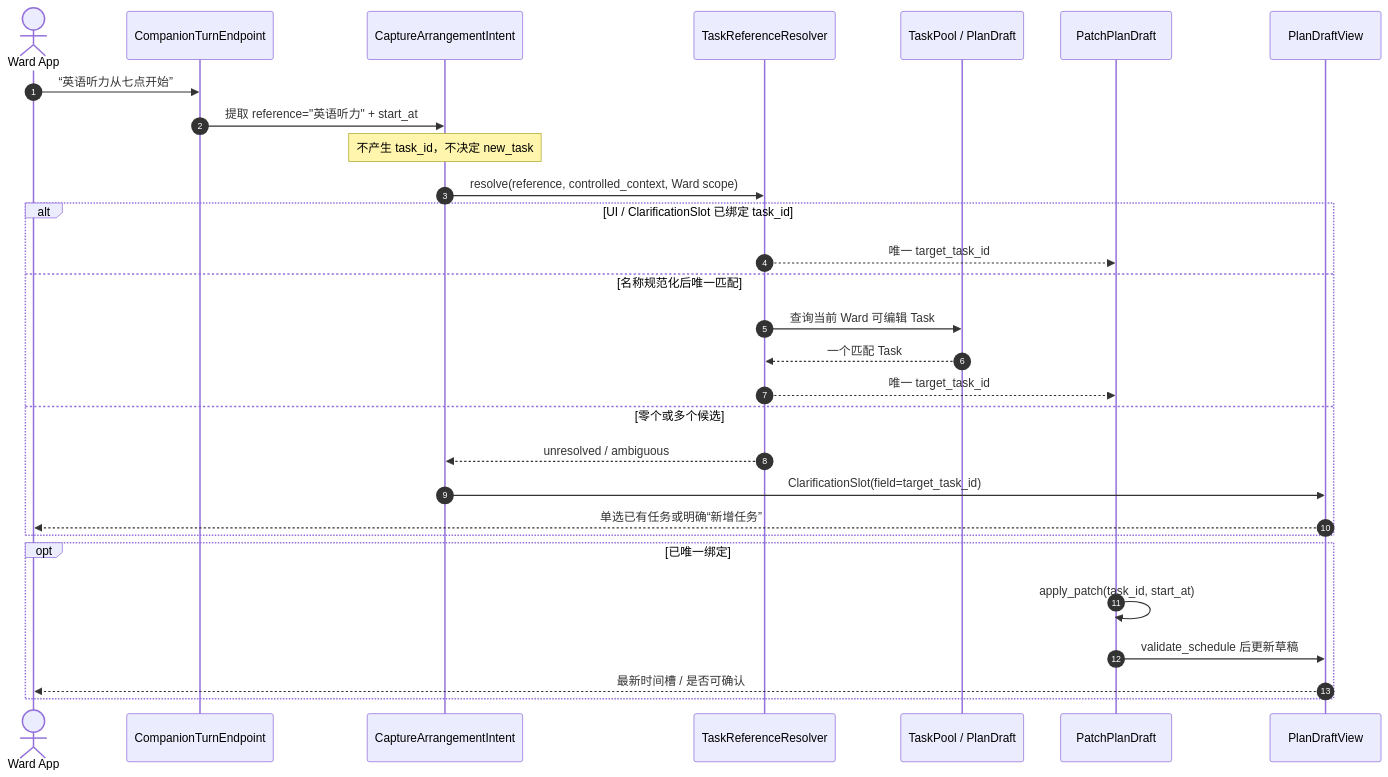
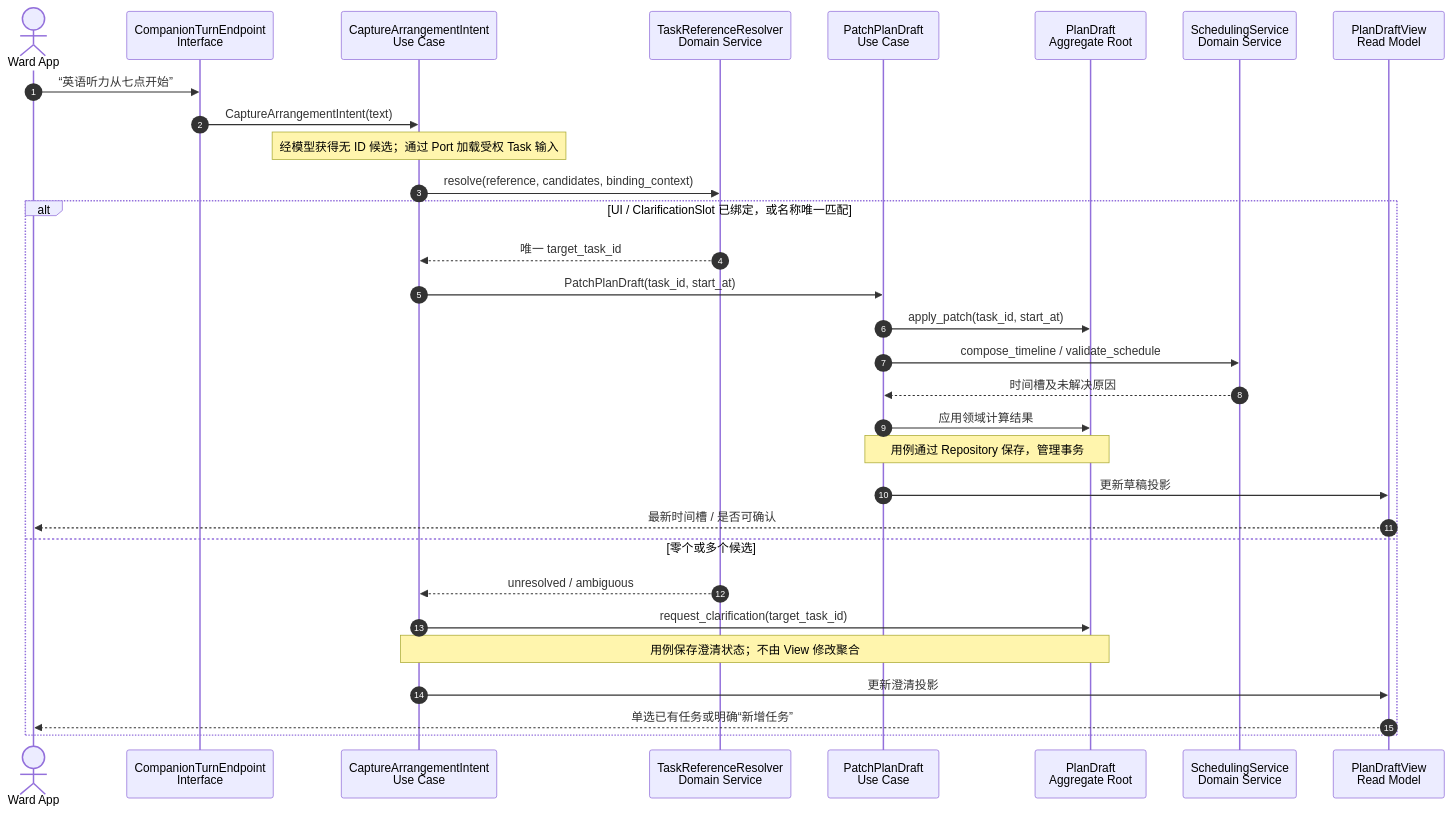
The eighth of 10 diagrams in docs/technical/domain-planning.md (johanchow/duxue), drawn with Mermaid before and after one commit. The commit also changed other lines of this file, not shown here.

````diff
--- a/docs/technical/domain-planning.md
+++ b/docs/technical/domain-planning.md
@@ -255,32 +365,34 @@
 ```mermaid
 sequenceDiagram
     autonumber
     actor W as Ward App
-    participant I as CompanionTurnEndpoint
-    participant U as CaptureArrangementIntent
-    participant R as TaskReferenceResolver
-    participant T as TaskPool / PlanDraft
-    participant P as PatchPlanDraft
-    participant V as PlanDraftView
+    participant I as CompanionTurnEndpoint<br/>Interface
+    participant U as CaptureArrangementIntent<br/>Use Case
+    participant R as TaskReferenceResolver<br/>Domain Service
+    participant P as PatchPlanDraft<br/>Use Case
+    participant D as PlanDraft<br/>Aggregate Root
+    participant S as SchedulingService<br/>Domain Service
+    participant V as PlanDraftView<br/>Read Model
 
     W->>I: “英语听力从七点开始”
-    I->>U: 提取 reference="英语听力" + start_at
-    Note over U: 不产生 task_id，不决定 new_task
-    U->>R: resolve(reference, controlled_context, Ward scope)
-    alt UI / ClarificationSlot 已绑定 task_id
-        R-->>P: 唯一 target_task_id
-    else 名称规范化后唯一匹配
-        R->>T: 查询当前 Ward 可编辑 Task
-        T-->>R: 一个匹配 Task
-        R-->>P: 唯一 target_task_id
+    I->>U: CaptureArrangementIntent(text)
+    Note over U: 经模型获得无 ID 候选；通过 Port 加载受权 Task 输入
+    U->>R: resolve(reference, candidates, binding_context)
+    alt UI / ClarificationSlot 已绑定，或名称唯一匹配
+        R-->>U: 唯一 target_task_id
+        U->>P: PatchPlanDraft(task_id, start_at)
+        P->>D: apply_patch(task_id, start_at)
+        P->>S: compose_timeline / validate_schedule
+        S-->>P: 时间槽及未解决原因
+        P->>D: 应用领域计算结果
+        Note over P,D: 用例通过 Repository 保存，管理事务
+        P->>V: 更新草稿投影
+        V-->>W: 最新时间槽 / 是否可确认
     else 零个或多个候选
         R-->>U: unresolved / ambiguous
-        U->>V: ClarificationSlot(field=target_task_id)
+        U->>D: request_clarification(target_task_id)
+        Note over U,D: 用例保存澄清状态；不由 View 修改聚合
+        U->>V: 更新澄清投影
         V-->>W: 单选已有任务或明确“新增任务”
     end
-    opt 已唯一绑定
-        P->>P: apply_patch(task_id, start_at)
-        P->>V: validate_schedule 后更新草稿
-        V-->>W: 最新时间槽 / 是否可确认
-    end
 ```
````
